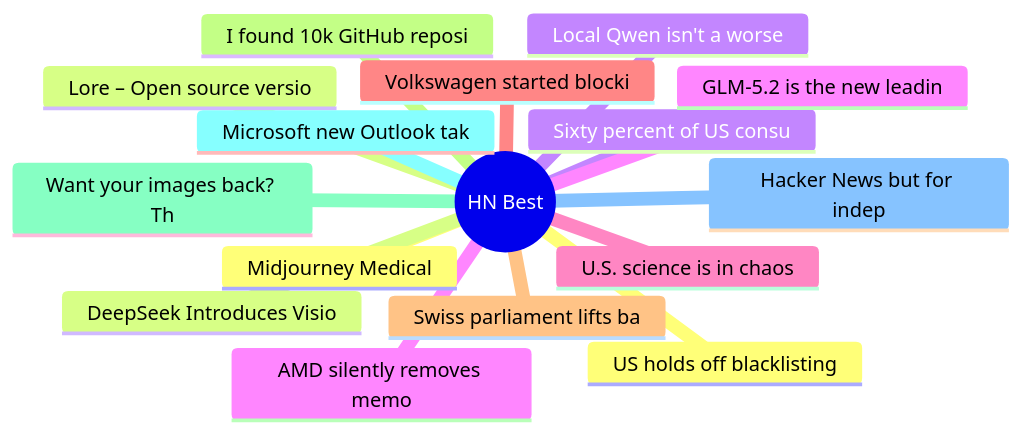
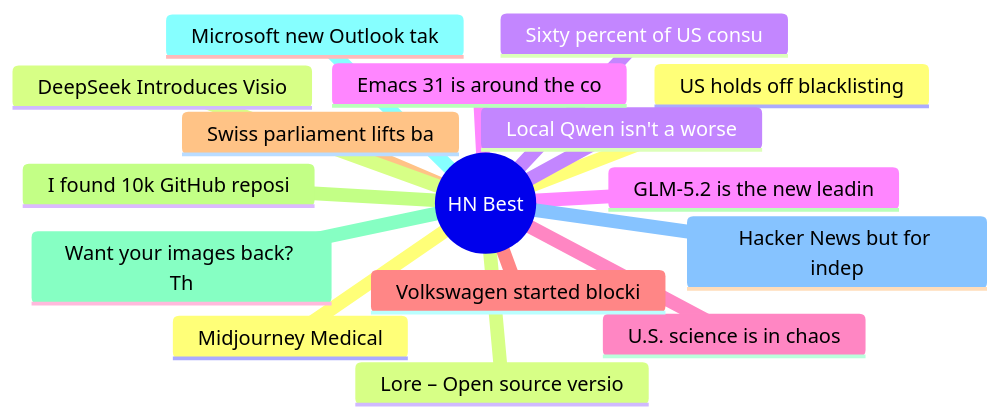
The diagram in Inbox/HN-Best-2026-06-19.md (zhouxiaoqi2925/Obsidian), drawn with Mermaid before and after one commit. The commit also changed other lines of this file and 22 other files, not shown here.

````diff
--- a/Inbox/HN-Best-2026-06-19.md
+++ b/Inbox/HN-Best-2026-06-19.md
@@ -13,19 +13,19 @@
 ```mermaid
 mindmap
   root((HN Best))
     Midjourney Medical
     Lore – Open source versio
     Sixty percent of US consu
     GLM-5.2 is the new leadin
     U.S. science is in chaos
     Volkswagen started blocki
     Swiss parliament lifts ba
     I found 10k GitHub reposi
     Want your images back? Th
     Microsoft new Outlook tak
     Hacker News but for indep
     US holds off blacklisting
     DeepSeek Introduces Visio
     Local Qwen isn't a worse 
-    AMD silently removes memo
+    Emacs 31 is around the co
 ```
````
